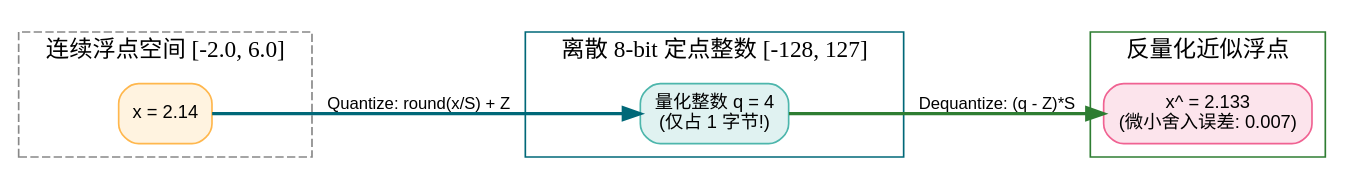
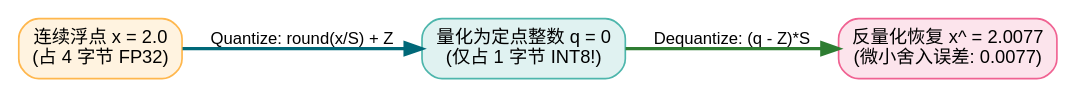
Before and after one commit to hqu-little-boy/blog: the first of 3 diagrams in src/content/posts/dl-operators-12-quantization-and-distributed-communication-guide.md, drawn with Graphviz. The commit also changed other lines of this file and 11 other files, not shown here.

````diff
--- a/src/content/posts/dl-operators-12-quantization-and-distributed-communication-guide.md
+++ b/src/content/posts/dl-operators-12-quantization-and-distributed-communication-guide.md
@@ -72,25 +61,14 @@
 ```graphviz
-digraph QuantMapping {
+digraph QuantRuler {
     rankdir=LR;
     node [fontname="Helvetica,Arial,sans-serif", fontsize=11, shape=rect, style="rounded,filled", fillcolor="#f0f4f8", color="#b0c4de"];
     edge [fontname="Helvetica,Arial,sans-serif", fontsize=10, color="#555555"];
 
-    subgraph cluster_fp {
-        label = "连续浮点空间 [-2.0, 6.0]"; style=dashed; color="#888888";
-        fp_val [label="x = 2.14", fillcolor="#fff3e0", color="#ffb74d"];
-    }
+    fp [label="连续浮点 x = 2.0\n(占 4 字节 FP32)", fillcolor="#fff3e0", color="#ffb74d"];
+    q [label="量化为定点整数 q = 0\n(仅占 1 字节 INT8!)", fillcolor="#e0f2f1", color="#4db6ac"];
+    deq [label="反量化恢复 x^ = 2.0077\n(微小舍入误差: 0.0077)", fillcolor="#fce4ec", color="#f06292"];
 
-    subgraph cluster_int {
-        label = "离散 8-bit 定点整数 [-128, 127]"; style=solid; color="#006878";
-        q_val [label="量化整数 q = 4\n(仅占 1 字节!)", fillcolor="#e0f2f1", color="#4db6ac"];
-    }
-
-    subgraph cluster_deq {
-        label = "反量化近似浮点"; style=solid; color="#2e7d32";
-        deq_val [label="x^ = 2.133\n(微小舍入误差: 0.007)", fillcolor="#fce4ec", color="#f06292"];
-    }
-
-    fp_val -> q_val [label="Quantize: round(x/S) + Z", color="#006878", penwidth=2];
-    q_val -> deq_val [label="Dequantize: (q - Z)*S", color="#2e7d32", penwidth=2];
+    fp -> q [label="Quantize: round(x/S) + Z", color="#006878", penwidth=2];
+    q -> deq [label="Dequantize: (q - Z)*S", color="#2e7d32", penwidth=2];
 }
 ```
````
